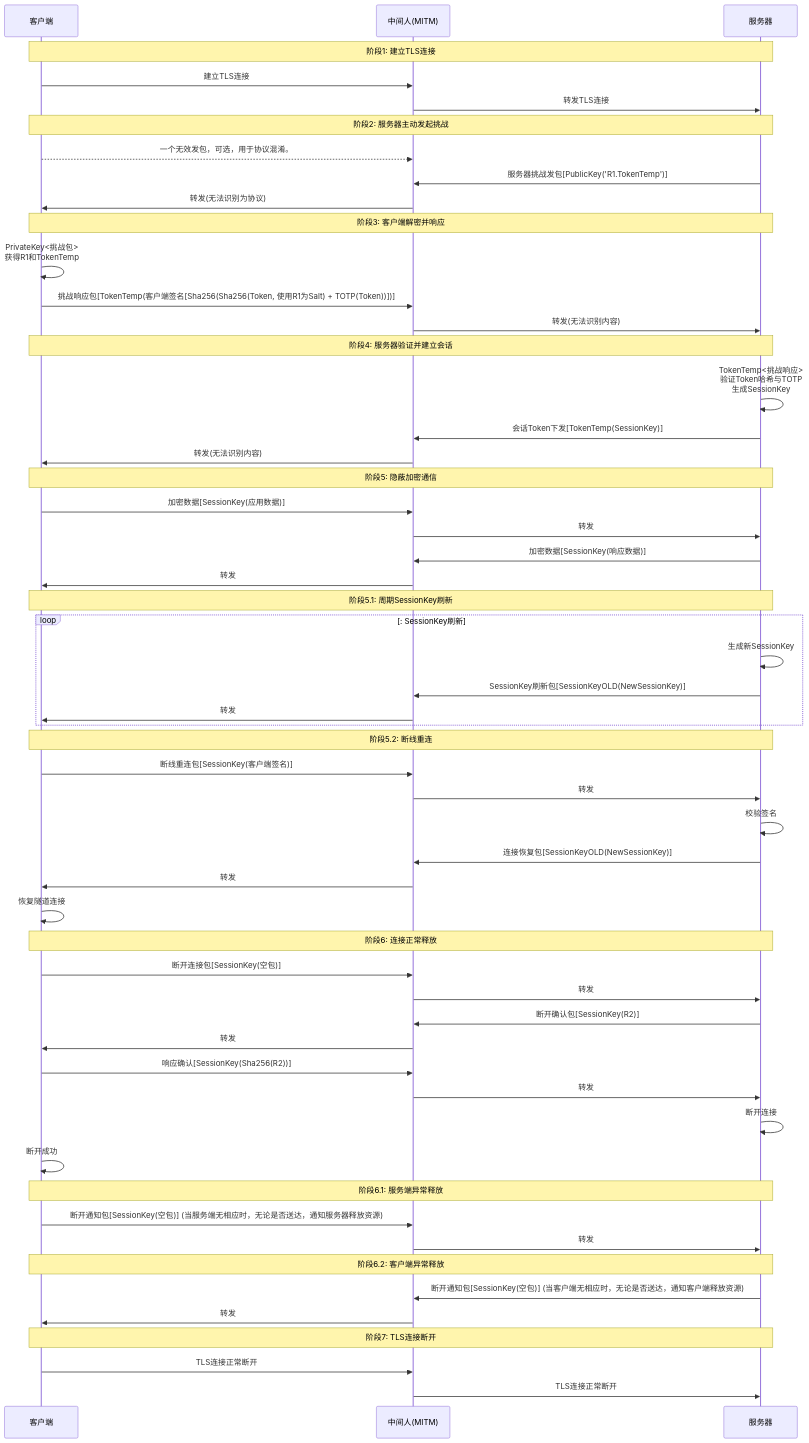
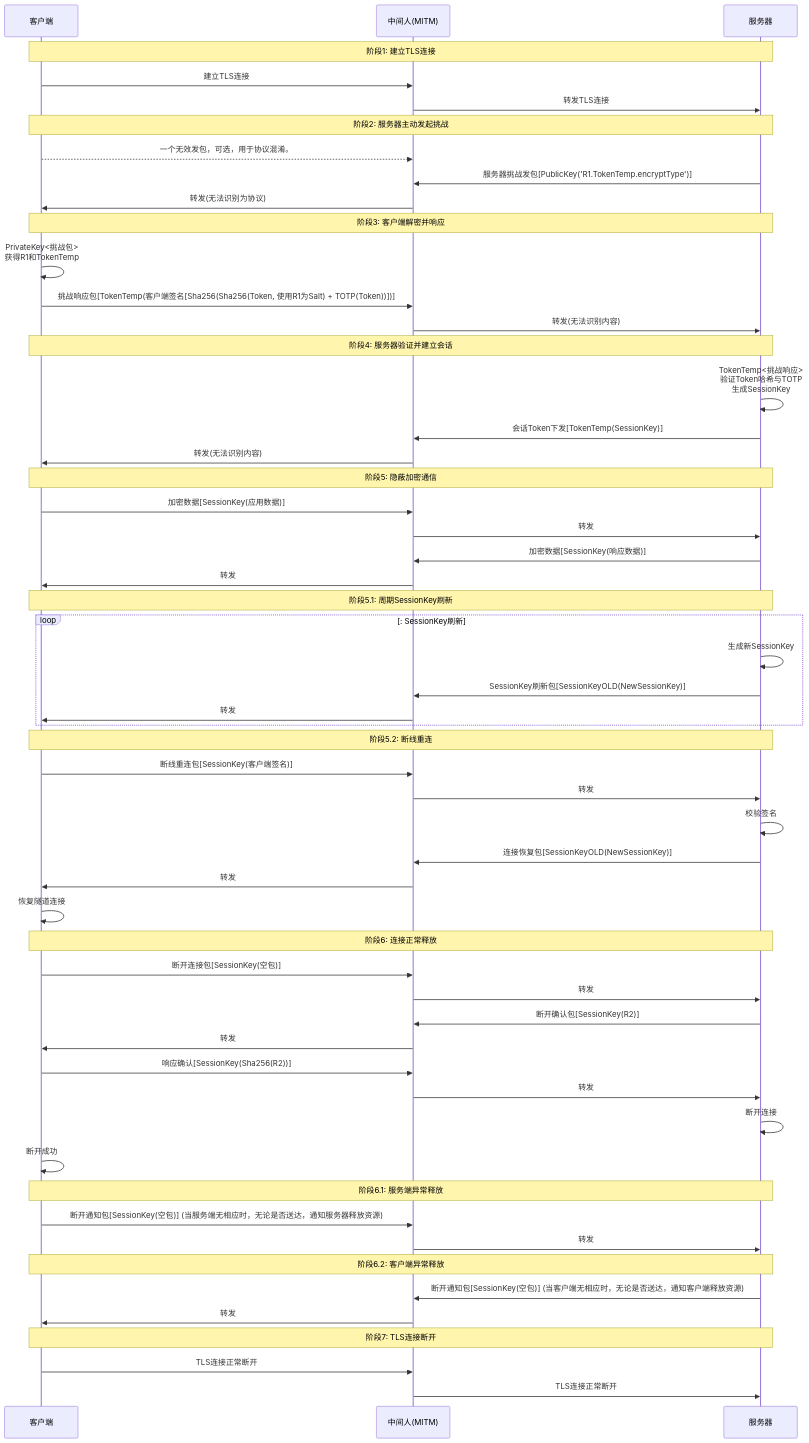
The diagram in docs/zhcn.md (cube-open/NitroSocks), drawn with Mermaid before and after one commit. The commit also changed other lines of this file and 1 other file, not shown here.

Commit message:
Provide English Version

````diff
--- a/docs/zhcn.md
+++ b/docs/zhcn.md
@@ -9,74 +9,74 @@
 ```mermaid
 sequenceDiagram
     participant C as 客户端
     participant M as 中间人(MITM)
     participant S as 服务器
 
     Note over C,S: 阶段1: 建立TLS连接
     C->>M: 建立TLS连接
     M->>S: 转发TLS连接
     
     Note over C,S: 阶段2: 服务器主动发起挑战
     C-->>M: 一个无效发包，可选，用于协议混淆。
-    S->>M: 服务器挑战发包[PublicKey('R1.TokenTemp')]
+    S->>M: 服务器挑战发包[PublicKey('R1.TokenTemp.encryptType')]
     M->>C: 转发(无法识别为协议)
     
     Note over C,S: 阶段3: 客户端解密并响应
     C->>C: PrivateKey<挑战包><br>获得R1和TokenTemp
     C->>M: 挑战响应包[TokenTemp(客户端签名[Sha256(Sha256(Token, 使用R1为Salt) + TOTP(Token))])]
     M->>S: 转发(无法识别内容)
     
     Note over C,S: 阶段4: 服务器验证并建立会话
     S->>S: TokenTemp<挑战响应><br>验证Token哈希与TOTP<br>生成SessionKey
     S->>M: 会话Token下发[TokenTemp(SessionKey)]
     M->>C: 转发(无法识别内容)
     
     Note over C,S: 阶段5: 隐蔽加密通信
     C->>M: 加密数据[SessionKey(应用数据)]
     M->>S: 转发
     S->>M: 加密数据[SessionKey(响应数据)]
     M->>C: 转发
 
     Note over C,S: 阶段5.1: 周期SessionKey刷新
     loop: SessionKey刷新
     S->>S: 生成新SessionKey
     S->>M: SessionKey刷新包[SessionKeyOLD(NewSessionKey)]
     M->>C: 转发
     End
 
     Note over C,S: 阶段5.2: 断线重连
     C->>M: 断线重连包[SessionKey(客户端签名)]
     M->>S: 转发
     S->>S: 校验签名
     S->>M: 连接恢复包[SessionKeyOLD(NewSessionKey)]
     M->>C: 转发
     C->>C: 恢复隧道连接
 
     Note over C,S: 阶段6: 连接正常释放
     C->>M: 断开连接包[SessionKey(空包)]
     M->>S: 转发
     S->>M: 断开确认包[SessionKey(R2)]
     M->>C: 转发
     C->>M: 响应确认[SessionKey(Sha256(R2))]
     M->>S: 转发
     S->>S: 断开连接
     C->>C: 断开成功
 
     Note over C,S: 阶段6.1: 服务端异常释放
     C->>M: 断开通知包[SessionKey(空包)] (当服务端无相应时，无论是否送达，通知服务器释放资源)
     M->>S: 转发
     
     Note over C,S: 阶段6.2: 客户端异常释放
     S->>M: 断开通知包[SessionKey(空包)] (当客户端无相应时，无论是否送达，通知客户端释放资源)
     M->>C: 转发
 
 
     Note over C,S: 阶段7: TLS连接断开
     C->>M: TLS连接正常断开
     M->>S: TLS连接正常断开
 
 
     
 
   
 ```
````
